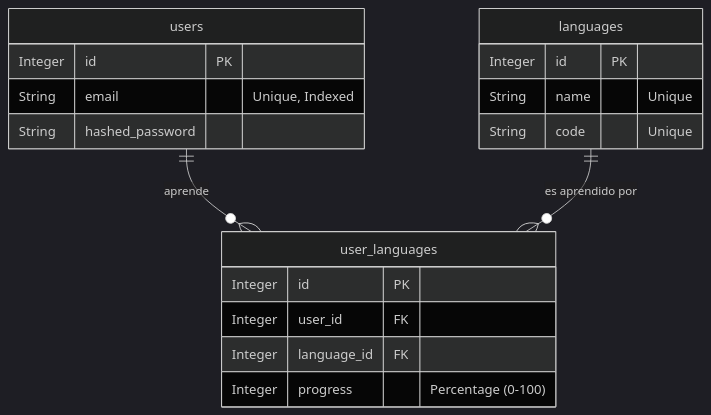
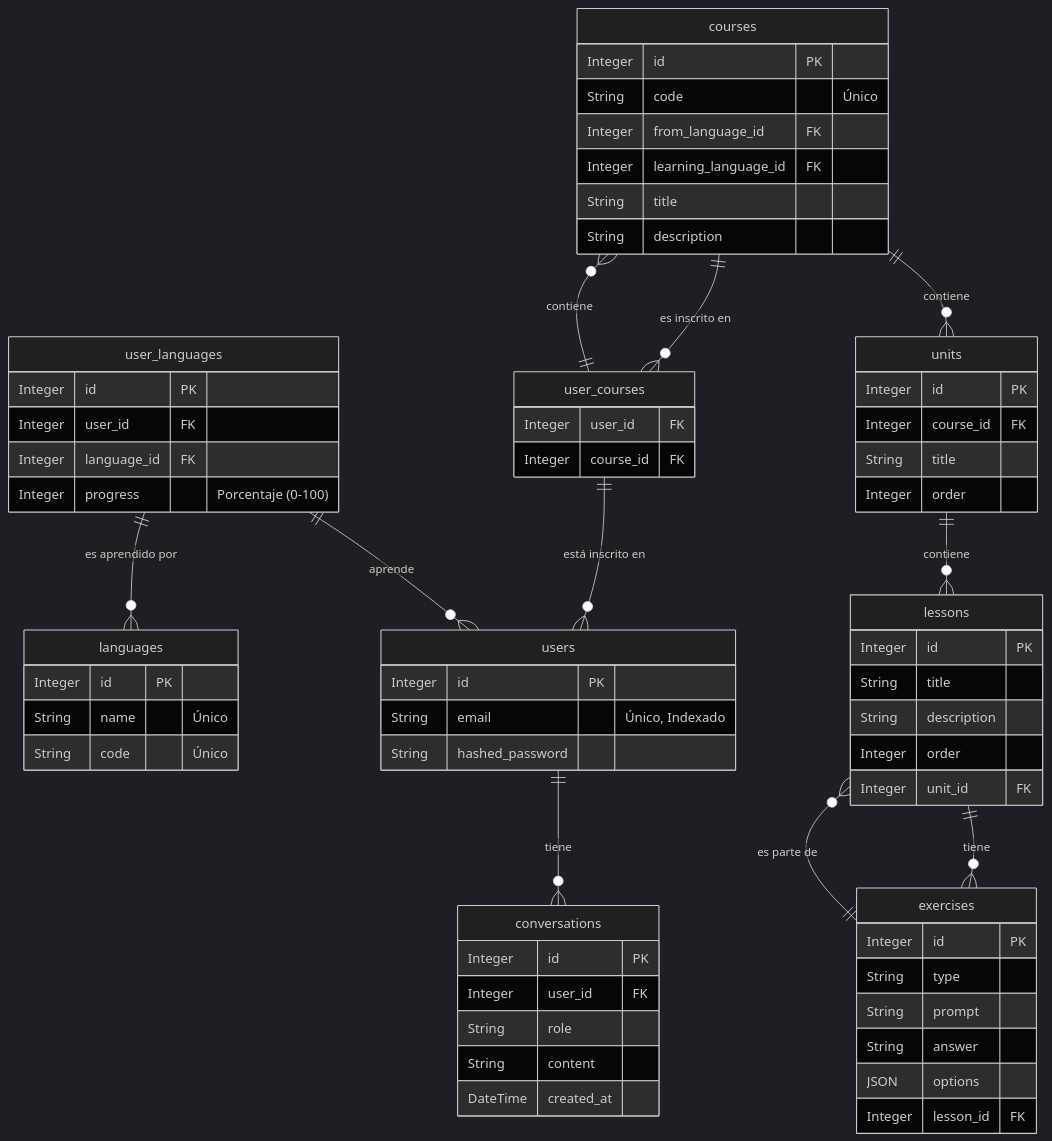
One commit to adrianfusco/dillearning changed the diagram in documentacion/diagramas/persistencia_datos_esquema_bd.mmd. Above: the diagram before and after it, drawn with Mermaid (dark theme). The commit also changed 1 other file, not shown here.

Commit message:
Diagrama actualizado con las nuevas tablas que he creado todo este tiempo

```diff
--- a/documentacion/diagramas/persistencia_datos_esquema_bd.mmd
+++ b/documentacion/diagramas/persistencia_datos_esquema_bd.mmd
@@ -1,22 +1,76 @@
 erDiagram
     users {
         Integer id PK
-        String email "Unique, Indexed"
+        String email "Único, Indexado"
         String hashed_password
     }
 
     languages {
         Integer id PK
-        String name "Unique"
-        String code "Unique"
+        String name "Único"
+        String code "Único"
     }
 
     user_languages {
         Integer id PK
         Integer user_id FK
         Integer language_id FK
-        Integer progress "Percentage (0-100)"
+        Integer progress "Porcentaje (0-100)"
     }
 
-    users ||--o{ user_languages : "aprende"
-    languages ||--o{ user_languages : "es aprendido por"
+    courses {
+        Integer id PK
+        String code "Único"
+        Integer from_language_id FK
+        Integer learning_language_id FK
+        String title
+        String description
+    }
+
+    units {
+        Integer id PK
+        Integer course_id FK
+        String title
+        Integer order
+    }
+
+    lessons {
+        Integer id PK
+        String title
+        String description
+        Integer order
+        Integer unit_id FK
+    }
+
+    exercises {
+        Integer id PK
+        String type
+        String prompt
+        String answer
+        JSON options
+        Integer lesson_id FK
+    }
+
+    conversations {
+        Integer id PK
+        Integer user_id FK
+        String role
+        String content
+        DateTime created_at
+    }
+
+    user_courses {
+        Integer user_id FK
+        Integer course_id FK
+    }
+
+    user_courses ||--o{ users : "está inscrito en"
+    user_courses ||--o{ courses : "contiene"
+    user_languages ||--o{ users : "aprende"
+    user_languages ||--o{ languages : "es aprendido por"
+    courses ||--o{ units : "contiene"
+    units ||--o{ lessons : "contiene"
+    lessons ||--o{ exercises : "tiene"
+    courses ||--o{ user_courses : "es inscrito en"
+    users ||--o{ conversations : "tiene"
+    exercises ||--o{ lessons : "es parte de"
```
